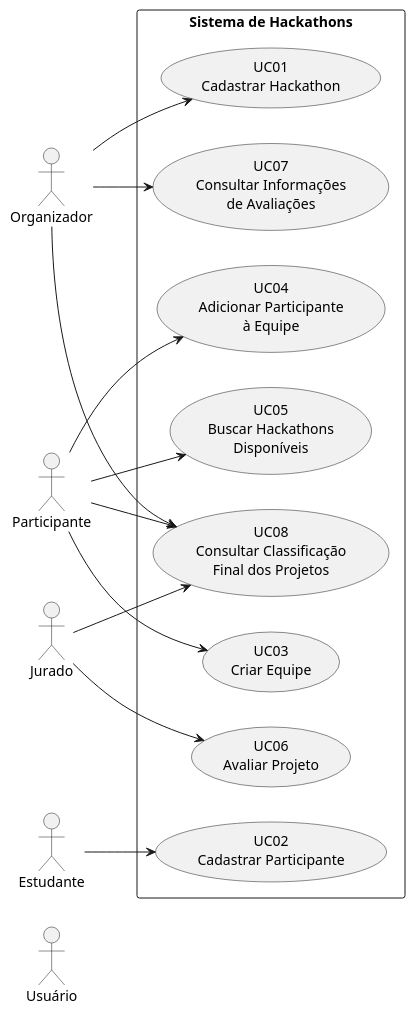
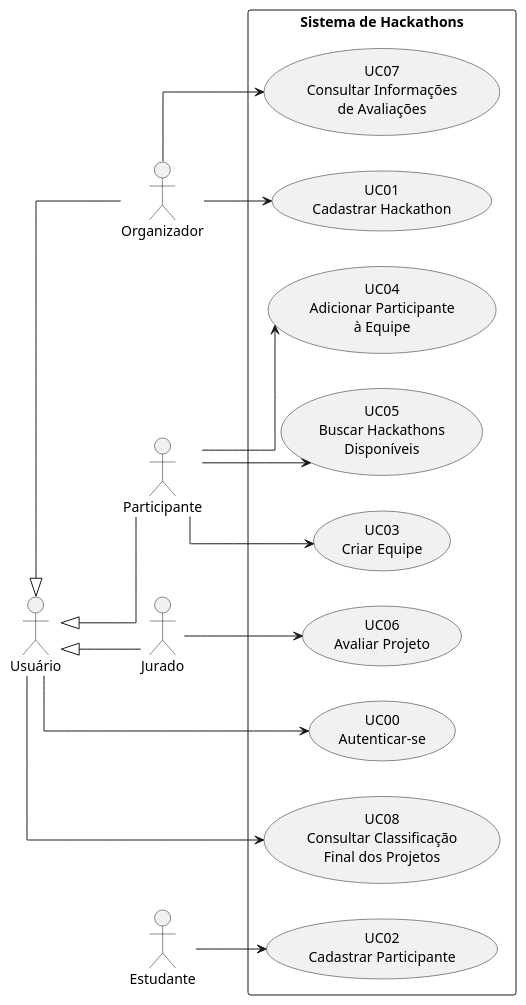
One commit to papatrock/es-hackathon changed the diagram in diagramas/caso-de-uso/UC01_cadastrar-hackaton.puml. Above: the diagram before and after it, drawn with PlantUML. The commit also changed 1 other file, not shown here.

Commit message:
docs: atualiza diagramas de casos de uso e classes para ficar mais coerente com as implementações

```diff
--- a/diagramas/caso-de-uso/UC01_cadastrar-hackaton.puml
+++ b/diagramas/caso-de-uso/UC01_cadastrar-hackaton.puml
@@ -1,38 +1,44 @@
 @startuml Diagrama de Casos de Uso
 
 left to right direction
+skinparam packageStyle rectangle
+skinparam linetype ortho
 
 actor "Usuário" as Usuario
 actor Organizador
 actor Participante
 actor Jurado
 actor Estudante
 
+Organizador -up-|> Usuario
+Participante -up-|> Usuario
+Jurado -up-|> Usuario
+
 rectangle "Sistema de Hackathons" {
+    usecase "UC00\nAutenticar-se" as Login
+
     usecase "UC01\nCadastrar Hackathon" as UC01
     usecase "UC02\nCadastrar Participante" as UC02
     usecase "UC03\nCriar Equipe" as UC03
     usecase "UC04\nAdicionar Participante\nà Equipe" as UC04
     usecase "UC05\nBuscar Hackathons\nDisponíveis" as UC05
 
     usecase "UC06\nAvaliar Projeto" as UC06
     usecase "UC07\nConsultar Informações\nde Avaliações" as UC07
     usecase "UC08\nConsultar Classificação\nFinal dos Projetos" as UC08
 }
 
-
+Usuario --> Login
+Usuario --> UC08
 
 Organizador --> UC01
 Organizador --> UC07
-Organizador --> UC08
 
 Estudante --> UC02
 Participante --> UC03
 Participante --> UC04
 Participante --> UC05
-Participante --> UC08
 
 Jurado --> UC06
-Jurado --> UC08
 
 @enduml
```
